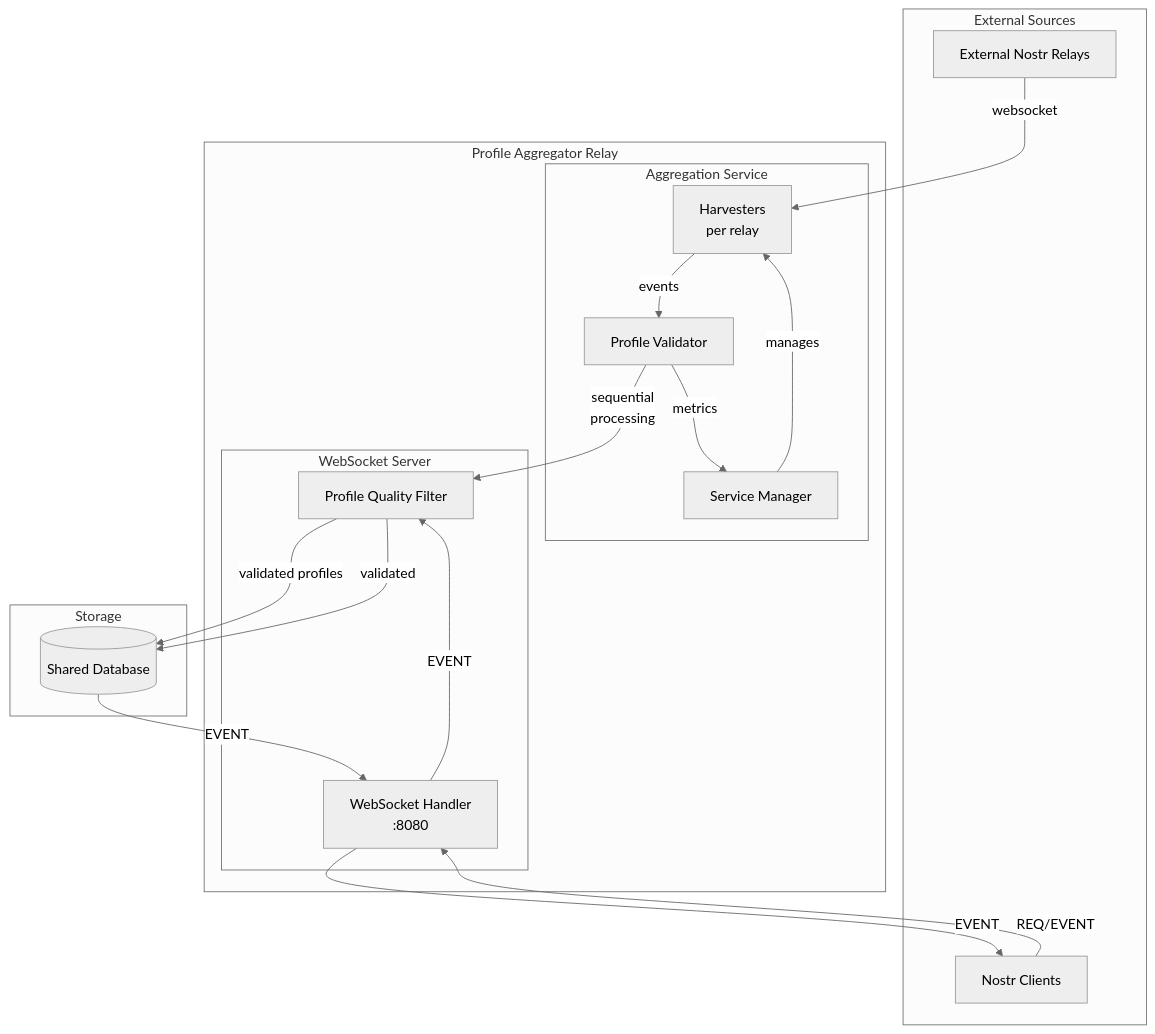
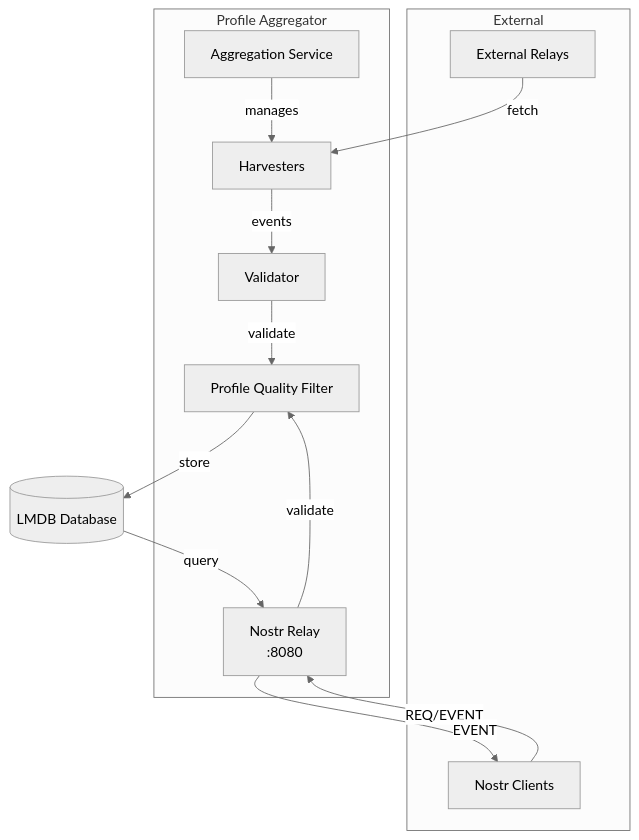
Before and after one commit to verse-pbc/profile_aggregator: the diagram in README.md, drawn with Mermaid (neutral theme). The commit also changed other lines of this file, not shown here.

Commit message:
Simplify README for Nostr experts and fix architecture diagram
- Make README more concise, remove redundant explanations
- Fix diagram to show ProfileQualityFilter as shared component
- Show both paths write directly to LMDB database
- Remove incorrect connection between aggregation service and relay
- Condense profile validation requirements into bullet points

````diff
--- a/README.md
+++ b/README.md
@@ -7,37 +7,29 @@
 ```mermaid
 graph TD
-    subgraph "External Sources"
-        ER[External Nostr Relays]
+    subgraph "External"
+        ER[External Relays]
         NC[Nostr Clients]
     end
     
-    subgraph "Profile Aggregator Relay"
-        subgraph "Aggregation Service"
-            AS[Service Manager]
-            H[Harvesters<br/>per relay]
-            V[Profile Validator]
-        end
-        
-        subgraph "WebSocket Server"
-            WS[WebSocket Handler<br/>:8080]
-            PQF[Profile Quality Filter]
-        end
+    subgraph "Profile Aggregator"
+        NR[Nostr Relay<br/>:8080]
+        AS[Aggregation Service]
+        H[Harvesters]
+        V[Validator]
+        PQF[Profile Quality Filter]
     end
     
-    subgraph "Storage"
-        DB[(Shared Database)]
-    end
+    DB[(LMDB Database)]
     
-    ER -->|websocket| H
+    ER -->|fetch| H
+    H -->|events| V
+    V -->|validate| PQF
     AS -->|manages| H
-    H -->|events| V
-    V -->|sequential<br/>processing| PQF
-    PQF -->|validated profiles| DB
-    V -->|metrics| AS
     
-    NC -->|REQ/EVENT| WS
-    WS -->|EVENT| PQF
-    PQF -->|validated| DB
-    DB -->|EVENT| WS
-    WS -->|EVENT| NC
+    NC -->|REQ/EVENT| NR
+    NR -->|validate| PQF
+    
+    PQF -->|store| DB
+    DB -->|query| NR
+    NR -->|EVENT| NC
 ```
````
